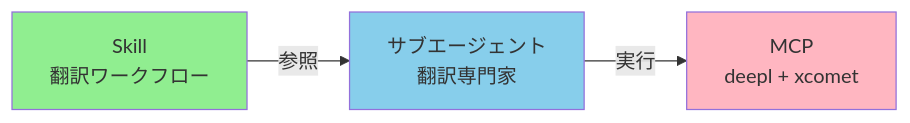
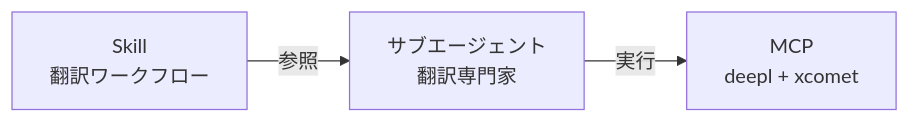
Before and after one commit to shuji-bonji/ai-agent-architecture: the third of 3 diagrams in docs/04-tool-selection.md, drawn with Mermaid. The commit also changed 3 other files, not shown here.

Commit message:
fix: Mermaidエラーの解消

````diff
--- a/docs/04-tool-selection.md
+++ b/docs/04-tool-selection.md
@@ -233,9 +233,7 @@
 ```mermaid
 graph LR
     SKILL[Skill<br/>翻訳ワークフロー] -->|"参照"| AGENT[サブエージェント<br/>翻訳専門家]
     AGENT -->|"実行"| MCP[MCP<br/>deepl + xcomet]
 
-    style SKILL fill:#90EE90
-    style AGENT fill:#87CEEB
-    style MCP fill:#FFB6C1
+
 ```
````
